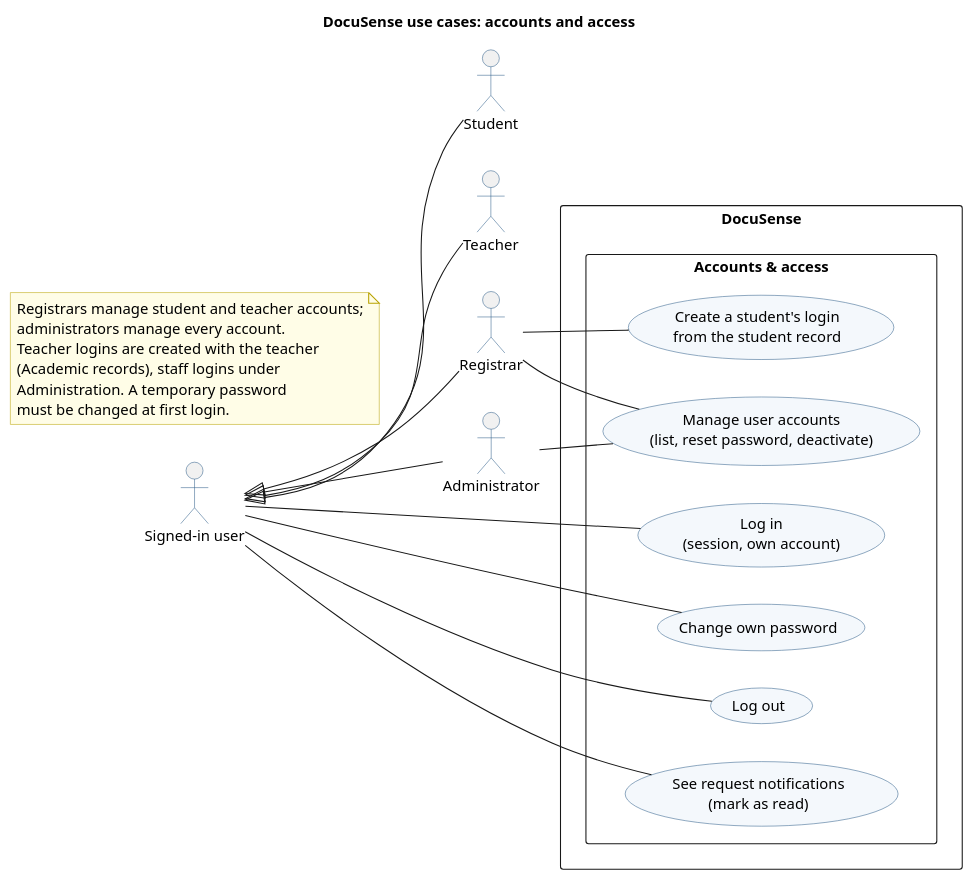
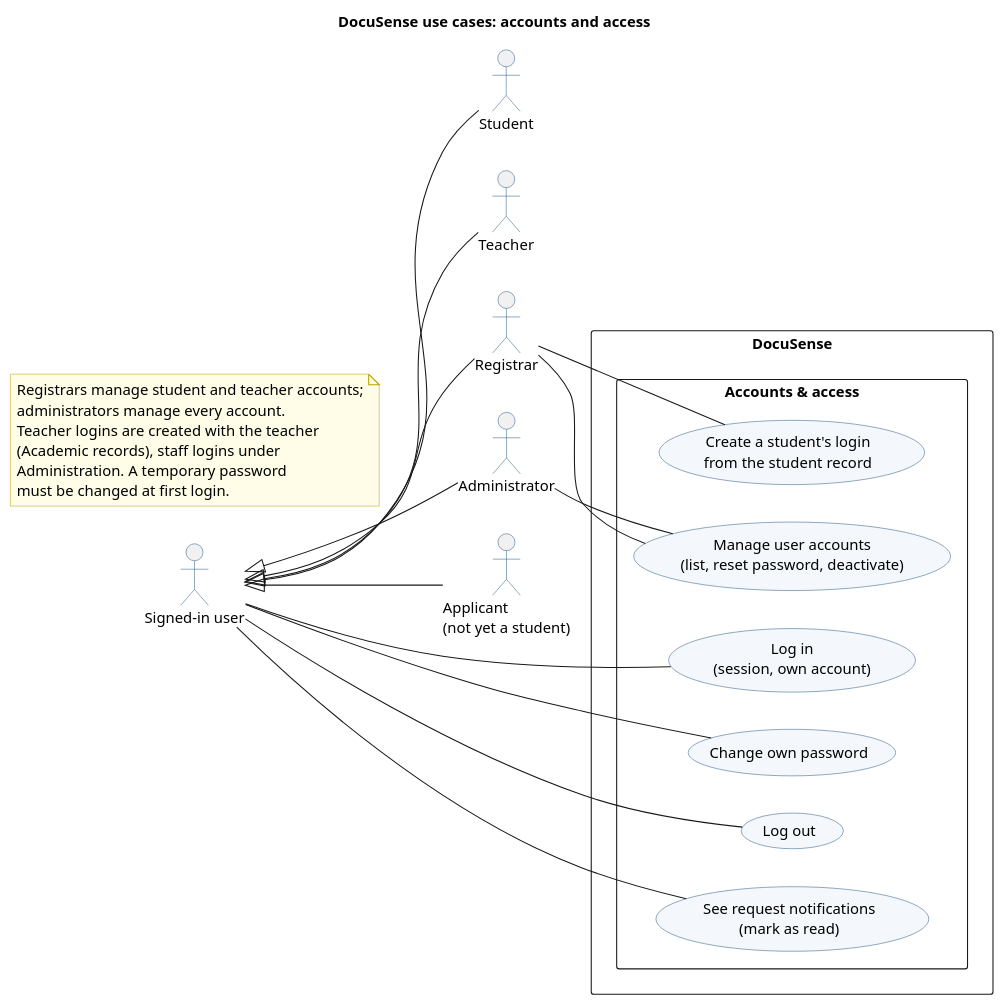
The diagram in docs/diagrams/use-cases-accounts.puml (docusense67/DocuSense), drawn with PlantUML before and after one commit. The commit also changed 29 other files, not shown here.

```diff
--- a/docs/diagrams/use-cases-accounts.puml
+++ b/docs/diagrams/use-cases-accounts.puml
@@ -1,62 +1,64 @@
 @startuml use-cases-accounts
 ' Use cases: accounts and access. Detail of the "accounts" package in use-cases.puml.
 '
 ' "' @routes <alias>: <METHOD path> | ..." lists the API routes behind a use case.
 ' backend/tests/test_use_case_diagram.py checks every actor link against
 ' backend/tests/test_access_matrix.py: edit both together.
 ' A use case that <<extend>>s another is also performed by that use case's actors.
 title DocuSense use cases: accounts and access
 left to right direction
 skinparam defaultFontSize 14
 skinparam shadowing false
 skinparam packageStyle rectangle
 skinparam usecase {
   BackgroundColor #F4F8FC
   BorderColor #2F5D8A
 }
 skinparam actor {
   BorderColor #2F5D8A
 }
 skinparam note {
   BackgroundColor #FFFDE7
   BorderColor #B8A200
 }
 
 actor "Signed-in user" as AnyUser
 actor "Student" as Student
 actor "Teacher" as Teacher
 actor "Registrar" as Registrar
 actor "Administrator" as Admin
+actor "Applicant\n(not yet a student)" as Applicant
 
 Student -up-|> AnyUser
+Applicant -up-|> AnyUser
 Teacher -up-|> AnyUser
 Registrar -up-|> AnyUser
 Admin -up-|> AnyUser
 
 rectangle "DocuSense" {
   package "Accounts & access" {
     usecase "Log in\n(session, own account)" as A_LOGIN
     ' @routes A_LOGIN: POST /api/auth/login | GET /api/auth/me
     usecase "Change own password" as A_PASSWORD
     ' @routes A_PASSWORD: POST /api/auth/change-password
     usecase "Log out" as A_LOGOUT
     ' @routes A_LOGOUT: POST /api/auth/logout
     usecase "See request notifications\n(mark as read)" as A_NOTIFY
     ' @routes A_NOTIFY: GET /api/notifications | POST /api/notifications/read
     usecase "Manage user accounts\n(list, reset password, deactivate)" as A_MANAGE
     ' @routes A_MANAGE: GET /api/users | POST /api/users/{user_id}/reset-password | POST /api/users/{user_id}/deactivate
     usecase "Create a student's login\nfrom the student record" as A_STUDENT_LOGIN
     ' @routes A_STUDENT_LOGIN: POST /api/students/{student_id}/account
   }
 }
 
 AnyUser -- A_LOGIN
 AnyUser -- A_PASSWORD
 AnyUser -- A_LOGOUT
 AnyUser -- A_NOTIFY
 Registrar -- A_MANAGE
 Registrar -- A_STUDENT_LOGIN
 Admin -- A_MANAGE
 
 note "Registrars manage student and teacher accounts;\nadministrators manage every account.\nTeacher logins are created with the teacher\n(Academic records), staff logins under\nAdministration. A temporary password\nmust be changed at first login." as N1
 @enduml
```
